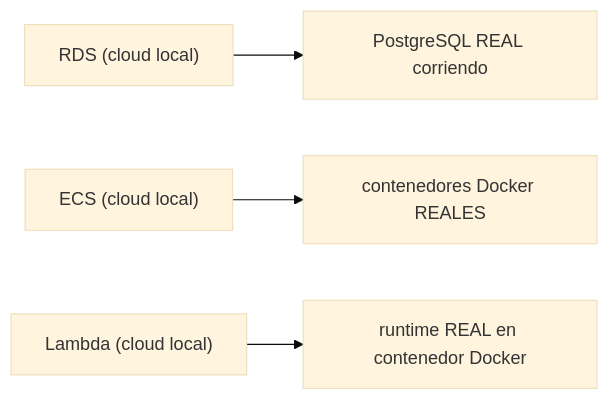
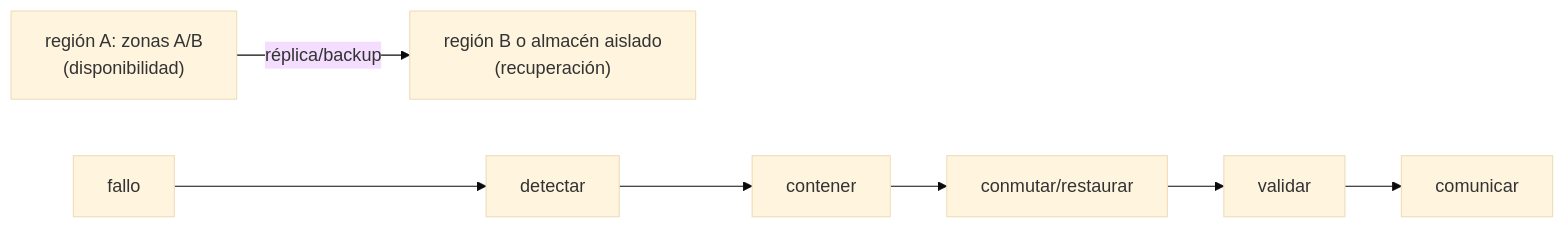
Before and after one commit to NICORUIZ93/The_Imperial_Book: the fifth of 11 diagrams in web/public/content/cloud/modulo-31.md, drawn with Mermaid (base theme). The commit also changed other lines of this file and 305 other files, not shown here.

````diff
--- a/web/public/content/cloud/modulo-31.md
+++ b/web/public/content/cloud/modulo-31.md
@@ -150,6 +135,5 @@
 ```mermaid
 flowchart LR
-    A["RDS (cloud local)"] --> A1["PostgreSQL REAL corriendo"]
-    B["ECS (cloud local)"] --> B1["contenedores Docker REALES"]
-    C["Lambda (cloud local)"] --> C1["runtime REAL en contenedor Docker"]
+    A["región A: zonas A/B\n(disponibilidad)"] -->|"réplica/backup"| B["región B o almacén aislado\n(recuperación)"]
+    F["fallo"] --> DET["detectar"] --> CONT["contener"] --> REST["conmutar/restaurar"] --> VAL["validar"] --> COM["comunicar"]
 ```
````
